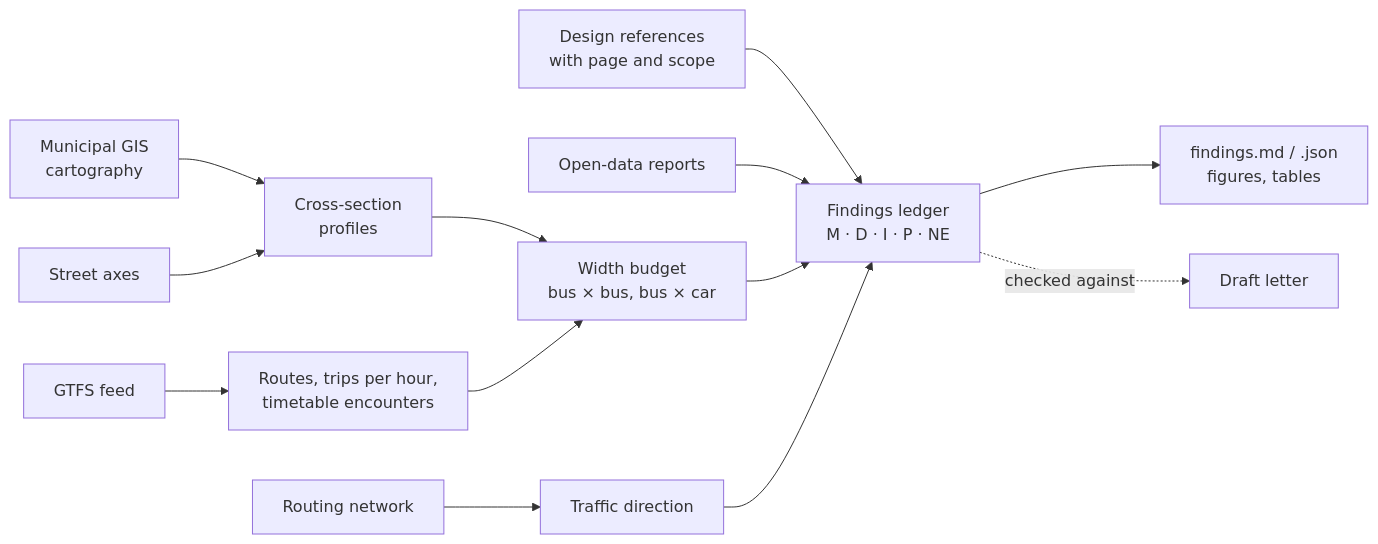
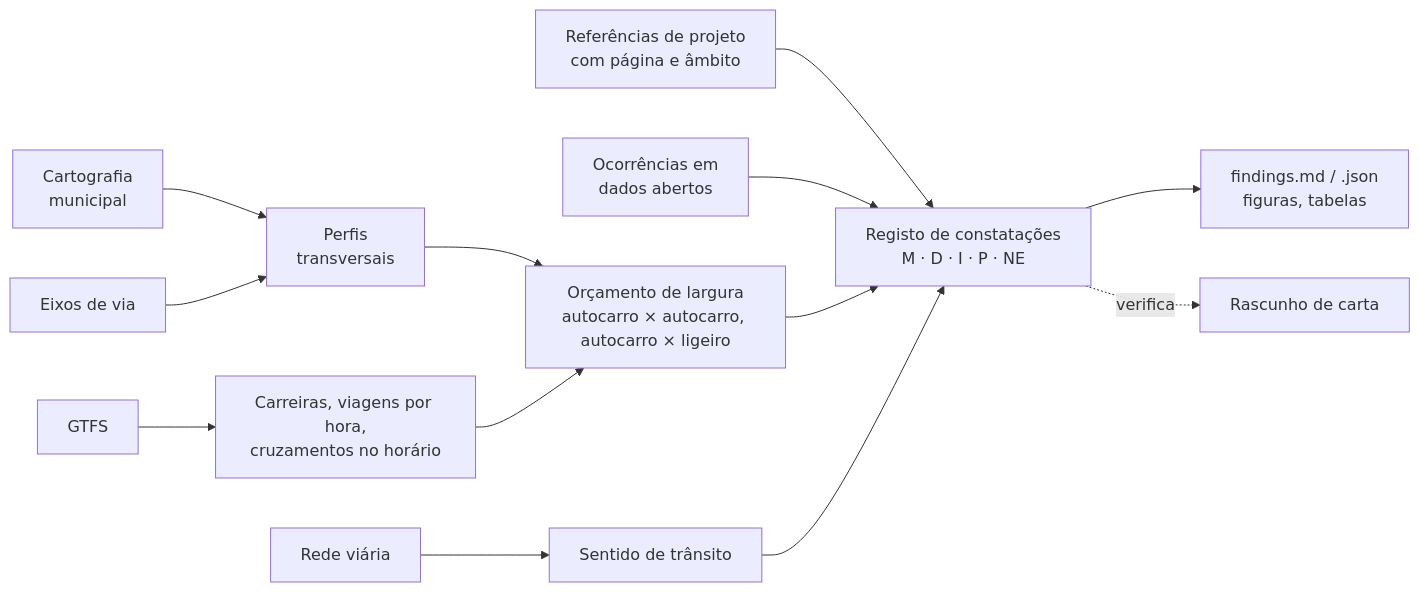
The diagram in README.md (diogo4256/mobilidados), drawn with Mermaid before and after one commit. The commit also changed other lines of this file and 73 other files, not shown here.

First line of the commit message:
Rename to mobilidados: mobility claims grounded in open data, in Portugal

````diff
--- a/README.md
+++ b/README.md
@@ -22,15 +34,15 @@
 ```mermaid
 flowchart LR
-  A[Municipal GIS<br>cartography] --> P[Cross-section<br>profiles]
-  B[Street axes] --> P
-  C[Routing network] --> D[Traffic direction]
-  G[GTFS feed] --> T[Routes, trips per hour,<br>timetable encounters]
-  P --> E[Width budget<br>bus × bus, bus × car]
+  A[Cartografia<br>municipal] --> P[Perfis<br>transversais]
+  B[Eixos de via] --> P
+  C[Rede viária] --> D[Sentido de trânsito]
+  G[GTFS] --> T[Carreiras, viagens por hora,<br>cruzamentos no horário]
+  P --> E[Orçamento de largura<br>autocarro × autocarro, autocarro × ligeiro]
   T --> E
-  S[Design references<br>with page and scope] --> L
-  O[Open-data reports] --> L
-  E --> L[Findings ledger<br>M · D · I · P · NE]
+  S[Referências de projeto<br>com página e âmbito] --> L
+  O[Ocorrências em<br>dados abertos] --> L
+  E --> L[Registo de constatações<br>M · D · I · P · NE]
   D --> L
-  L --> R[findings.md / .json<br>figures, tables]
-  L -. checked against .-> X[Draft letter]
+  L --> R[findings.md / .json<br>figuras, tabelas]
+  L -. verifica .-> X[Rascunho de carta]
 ```
````
